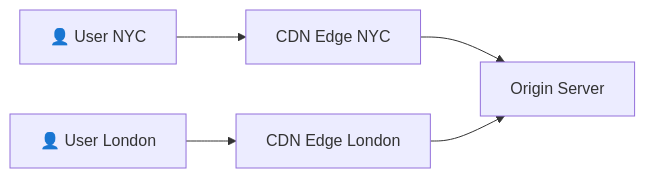
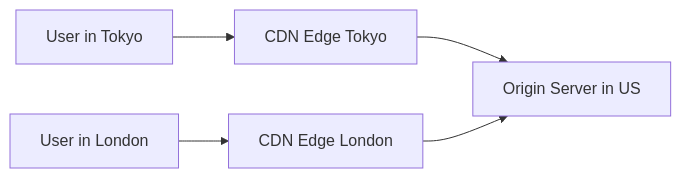
One commit to spawn08/system-design-interview changed the first of 8 diagrams in basics/caching.md. Above: the diagram before and after it, drawn with Mermaid. The commit also changed other lines of this file and 4 other files, not shown here.

````diff
--- a/basics/caching.md
+++ b/basics/caching.md
@@ -80,7 +176,7 @@
 ```mermaid
 flowchart LR
-    User1[👤 User NYC] --> Edge1[CDN Edge NYC]
-    User2[👤 User London] --> Edge2[CDN Edge London]
-    Edge1 --> Origin[Origin Server]
+    User1[User in Tokyo] --> Edge1[CDN Edge Tokyo]
+    User2[User in London] --> Edge2[CDN Edge London]
+    Edge1 --> Origin[Origin Server in US]
     Edge2 --> Origin
 ```
````
